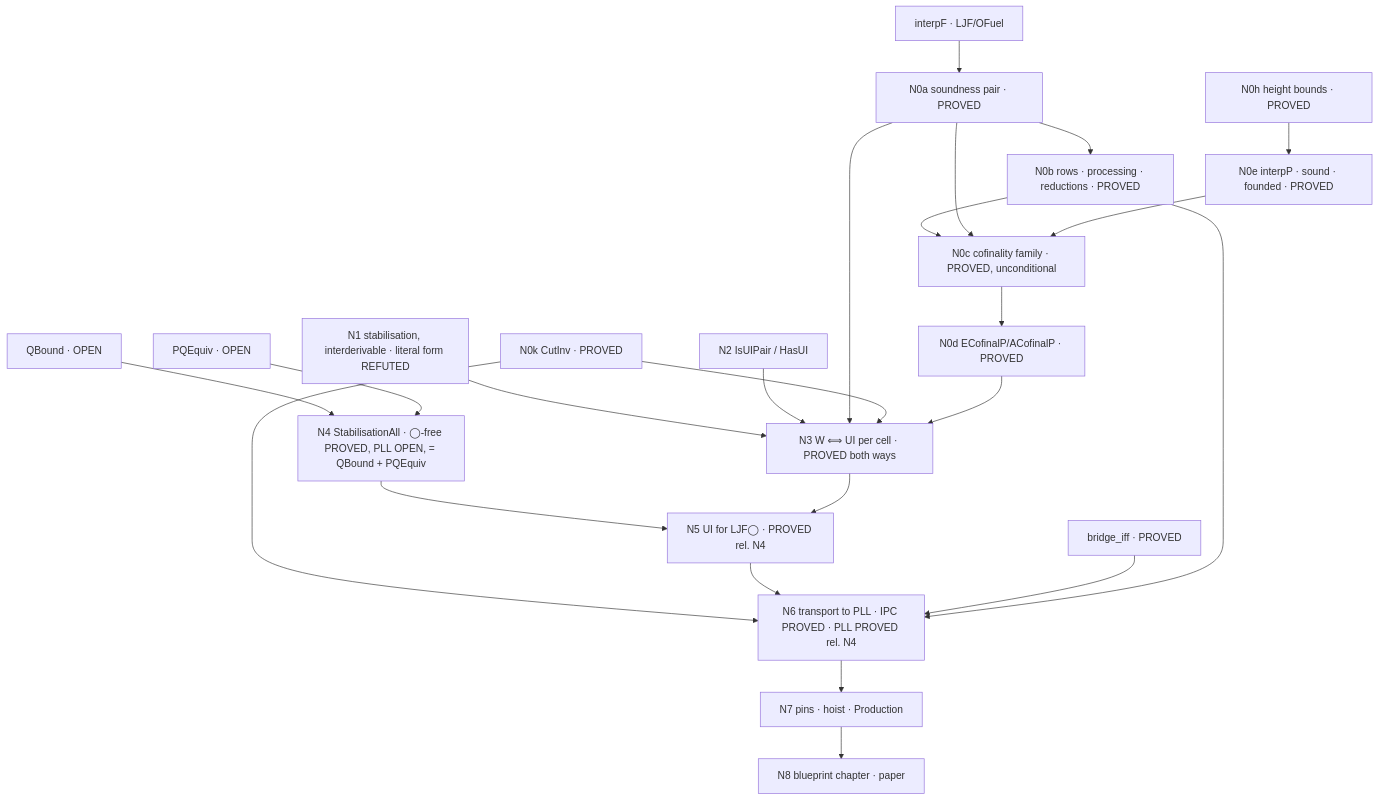
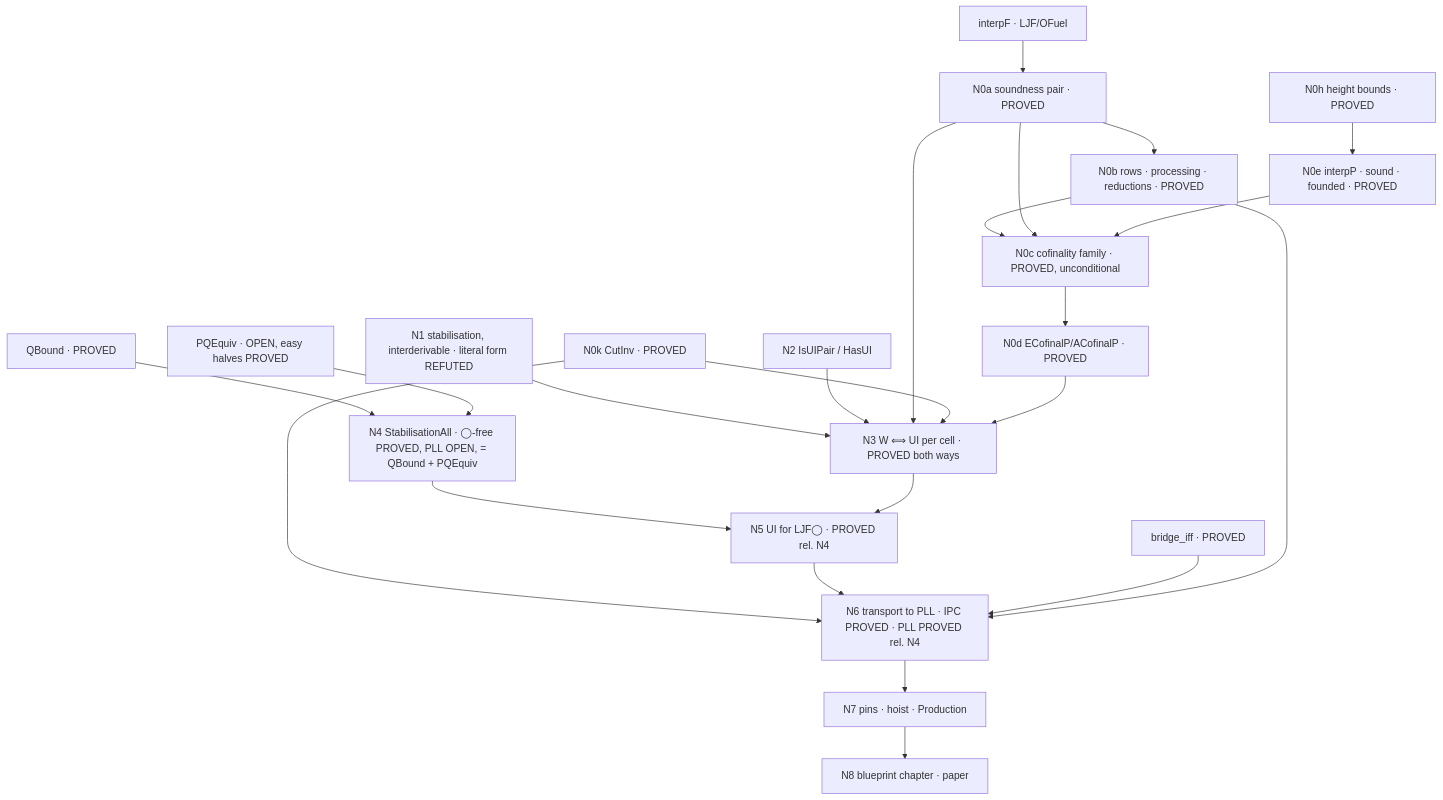
Before and after one commit to fairflow/lax-logic-in-lean: the diagram in docs/ui-routeB-blueprint.md, drawn with Mermaid. The commit also changed other lines of this file and 2 other files, not shown here.

````diff
--- a/docs/ui-routeB-blueprint.md
+++ b/docs/ui-routeB-blueprint.md
@@ -88,25 +88,25 @@
 ```mermaid
 graph TD
   interpF[interpF · LJF/OFuel] --> N0a[N0a soundness pair · PROVED]
   N0a --> N0b[N0b rows · processing · reductions · PROVED]
   N0b --> N0c[N0c cofinality family · PROVED, unconditional]
   N0a --> N0c
   H[N0h height bounds · PROVED] --> N0e[N0e interpP · sound · founded · PROVED]
   N0e --> N0c
   N0c --> N0d[N0d ECofinalP/ACofinalP · PROVED]
   N1[N1 stabilisation, interderivable · literal form REFUTED] --> N3
   N2[N2 IsUIPair / HasUI] --> N3
   N0a --> N3[N3 W ⟺ UI per cell · PROVED both ways]
   K[N0k CutInv · PROVED] --> N3
   K --> N6
   N0d --> N3
-  Q[QBound · OPEN] --> N4
-  PQ[PQEquiv · OPEN] --> N4
+  Q[QBound · PROVED] --> N4
+  PQ[PQEquiv · OPEN, easy halves PROVED] --> N4
   N4[N4 StabilisationAll · ◯-free PROVED, PLL OPEN, = QBound + PQEquiv] --> N5[N5 UI for LJF◯ · PROVED rel. N4]
   N3 --> N5
   N5 --> N6[N6 transport to PLL · IPC PROVED · PLL PROVED rel. N4]
   B[bridge_iff · PROVED] --> N6
   N0b --> N6
   N6 --> N7[N7 pins · hoist · Production]
   N7 --> N8[N8 blueprint chapter · paper]
 ```
````
